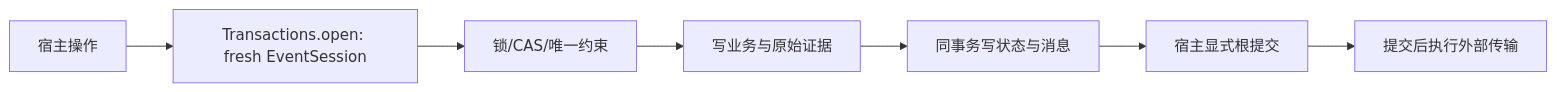
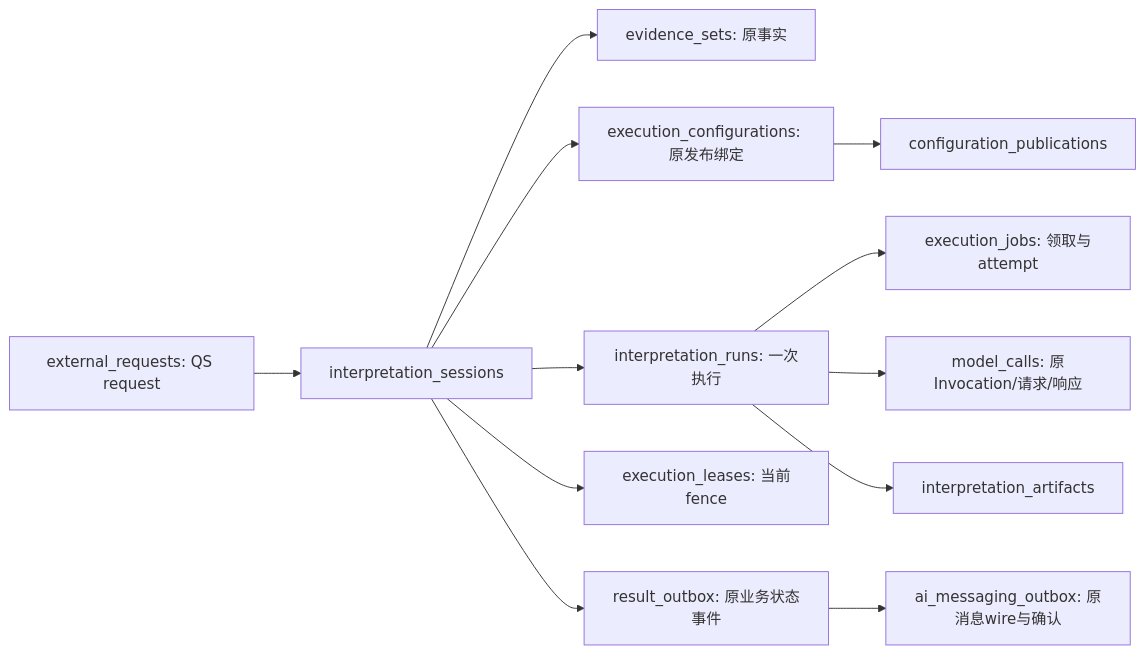
Before and after one commit to FangcunMount/qs-ai: the diagram in docs/03-基础设施/persistence/README.md, drawn with Mermaid. The commit also changed other lines of this file and 1 other file, not shown here.

Commit message:
docs: rewrite persistence tables transactions and migration ownership

````diff
--- a/docs/03-基础设施/persistence/README.md
+++ b/docs/03-基础设施/persistence/README.md
@@ -27,9 +9,14 @@
 ```mermaid
 flowchart LR
-    Host[宿主操作] --> Session[Transactions.open: fresh EventSession]
-    Session --> Lock[锁/CAS/唯一约束]
-    Lock --> Business[写业务与原始证据]
-    Business --> Events[同事务写状态与消息]
-    Events --> Commit[宿主显式根提交]
-    Commit --> Transport[提交后执行外部传输]
+  REQ[external_requests: QS request] --> S[interpretation_sessions]
+  S --> E[evidence_sets: 原事实]
+  S --> B[execution_configurations: 原发布绑定]
+  B --> P[configuration_publications]
+  S --> R[interpretation_runs: 一次执行]
+  R --> J[execution_jobs: 领取与attempt]
+  S --> L[execution_leases: 当前fence]
+  R --> C[model_calls: 原Invocation/请求/响应]
+  R --> A[interpretation_artifacts]
+  S --> O[result_outbox: 原业务状态事件]
+  O --> MQ[ai_messaging_outbox: 原消息wire与确认]
 ```
````
